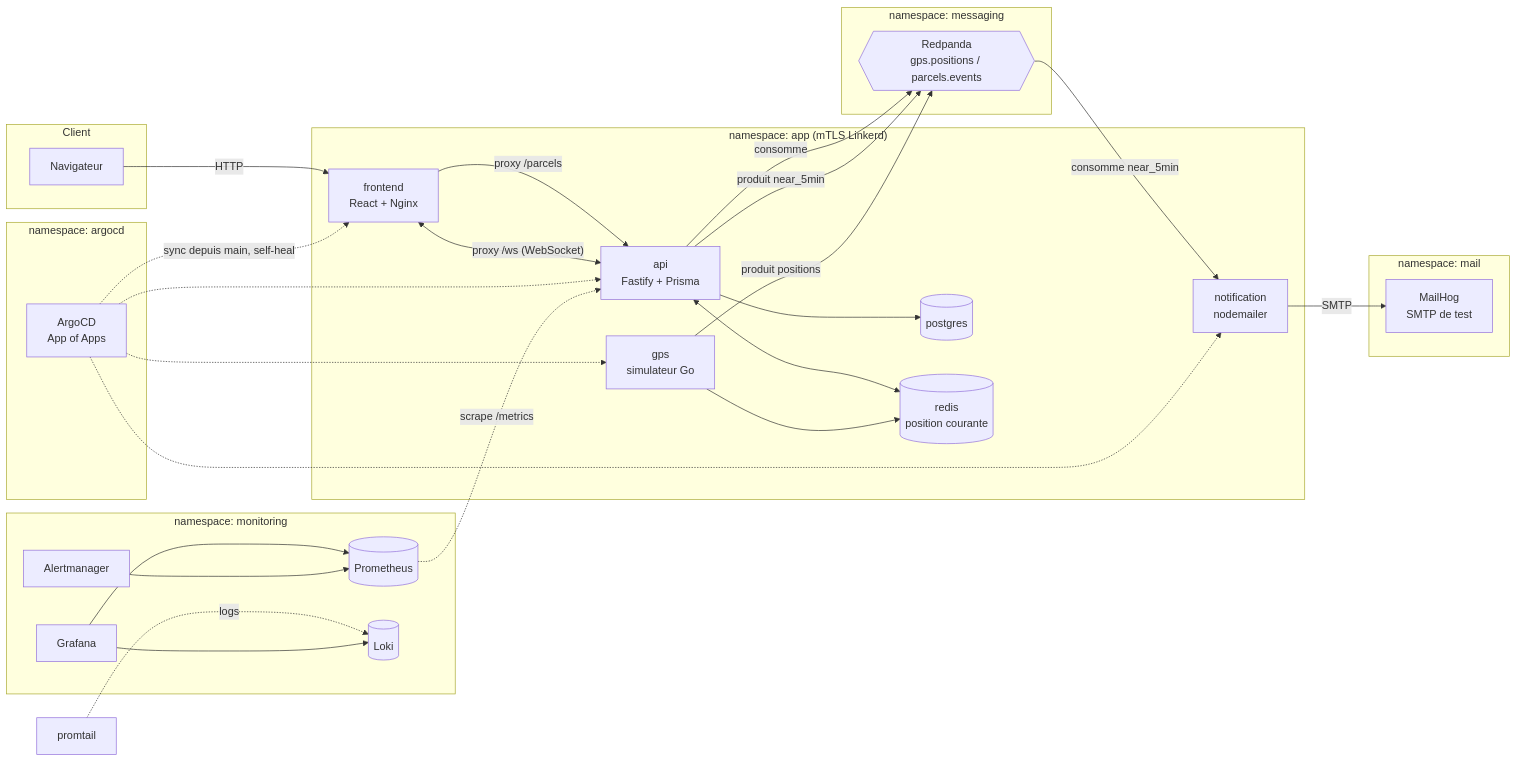
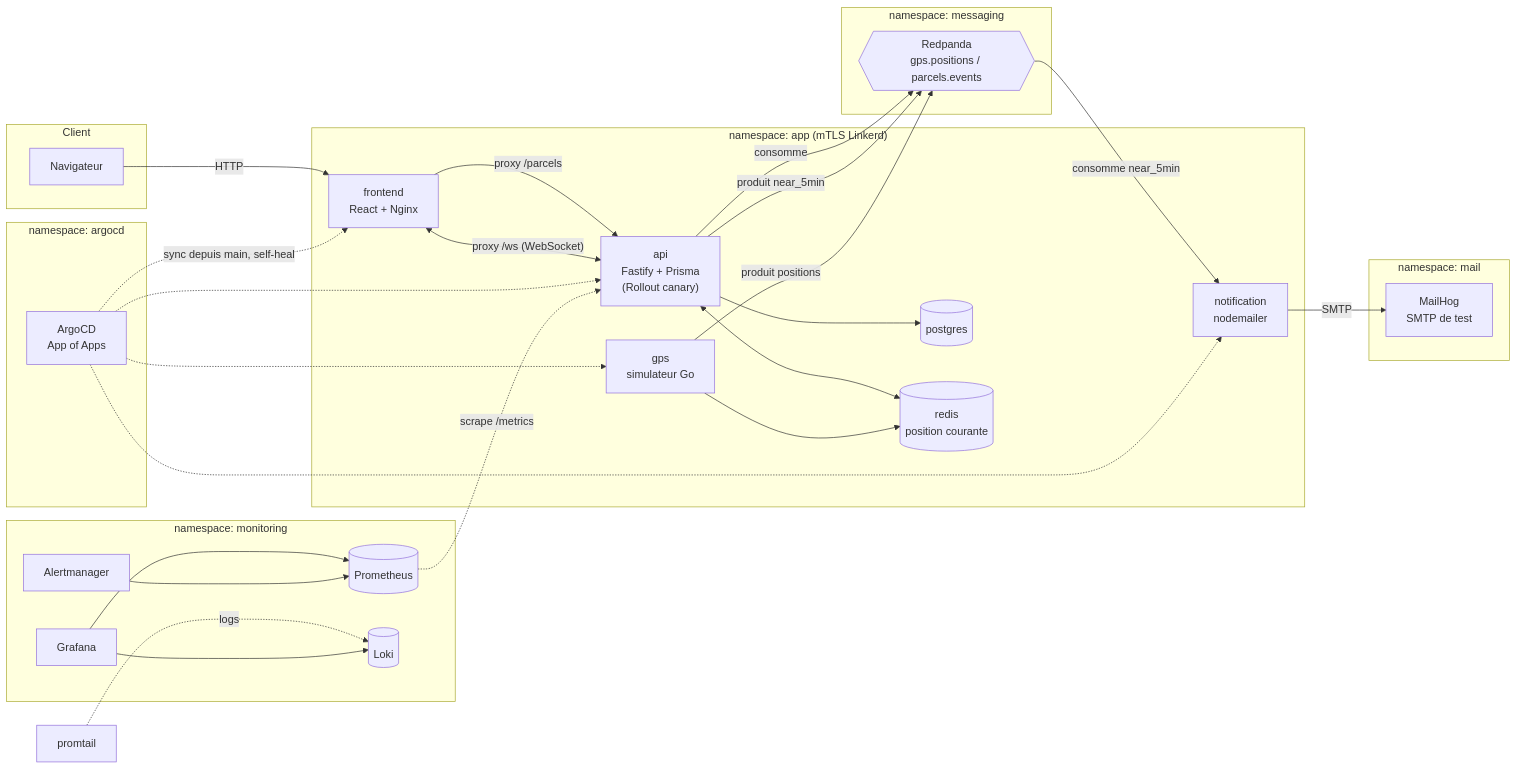
Before and after one commit to Setsuko34/DevCloud-GreenLogistics: the first of 4 diagrams in docs/architecture.md, drawn with Mermaid. The commit also changed other lines of this file and 2 other files, not shown here.

Commit message:
doc(adr): add ADR-7 for Argo Rollouts canary deployment strategy

````diff
--- a/docs/architecture.md
+++ b/docs/architecture.md
@@ -3,60 +3,60 @@
 ```mermaid
 flowchart LR
     subgraph Client
         Browser[Navigateur]
     end
 
     subgraph ns_app["namespace: app (mTLS Linkerd)"]
         Frontend["frontend<br/>React + Nginx"]
-        API["api<br/>Fastify + Prisma"]
+        API["api<br/>Fastify + Prisma<br/>(Rollout canary)"]
         GPS["gps<br/>simulateur Go"]
         Notif["notification<br/>nodemailer"]
         Postgres[("postgres")]
         Redis[("redis<br/>position courante")]
     end
 
     subgraph ns_messaging["namespace: messaging"]
         Redpanda{{"Redpanda<br/>gps.positions / parcels.events"}}
     end
 
     subgraph ns_mail["namespace: mail"]
         MailHog["MailHog<br/>SMTP de test"]
     end
 
     subgraph ns_monitoring["namespace: monitoring"]
         Prometheus[("Prometheus")]
         Grafana["Grafana"]
         Loki[("Loki")]
         Alertmanager["Alertmanager"]
     end
 
     subgraph ns_argocd["namespace: argocd"]
         ArgoCD["ArgoCD<br/>App of Apps"]
     end
 
     Browser -->|HTTP| Frontend
     Frontend -->|"proxy /parcels"| API
     Frontend <-->|"proxy /ws (WebSocket)"| API
 
     API --> Postgres
     API <--> Redis
     API -->|consomme| Redpanda
     API -->|produit near_5min| Redpanda
 
     GPS -->|produit positions| Redpanda
     GPS --> Redis
 
     Redpanda -->|consomme near_5min| Notif
     Notif -->|SMTP| MailHog
 
     ArgoCD -.->|sync depuis main, self-heal| Frontend
     ArgoCD -.-> API
     ArgoCD -.-> GPS
     ArgoCD -.-> Notif
 
     Prometheus -.->|scrape /metrics| API
     Promtail["promtail"] -.->|logs| Loki
     Grafana --> Prometheus
     Grafana --> Loki
     Alertmanager --> Prometheus
 ```
````
